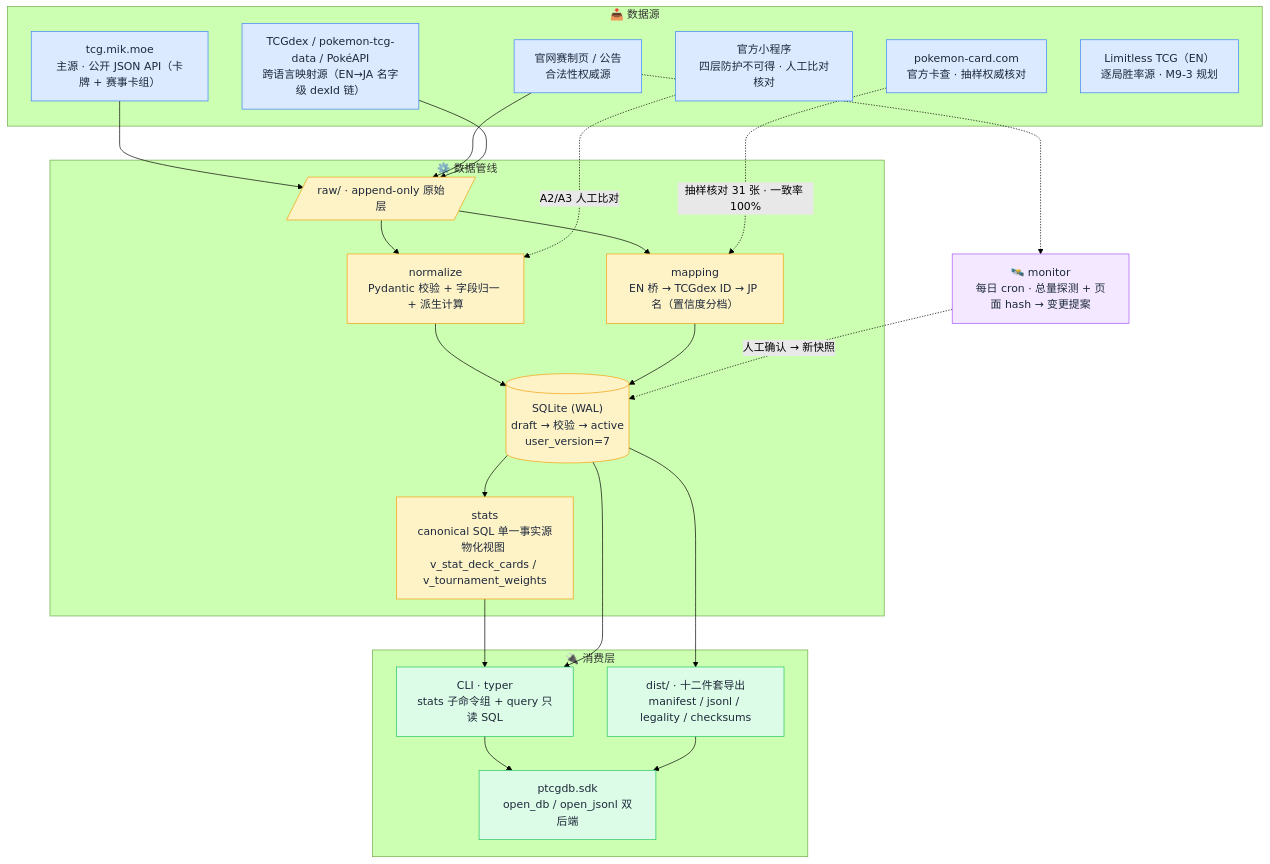
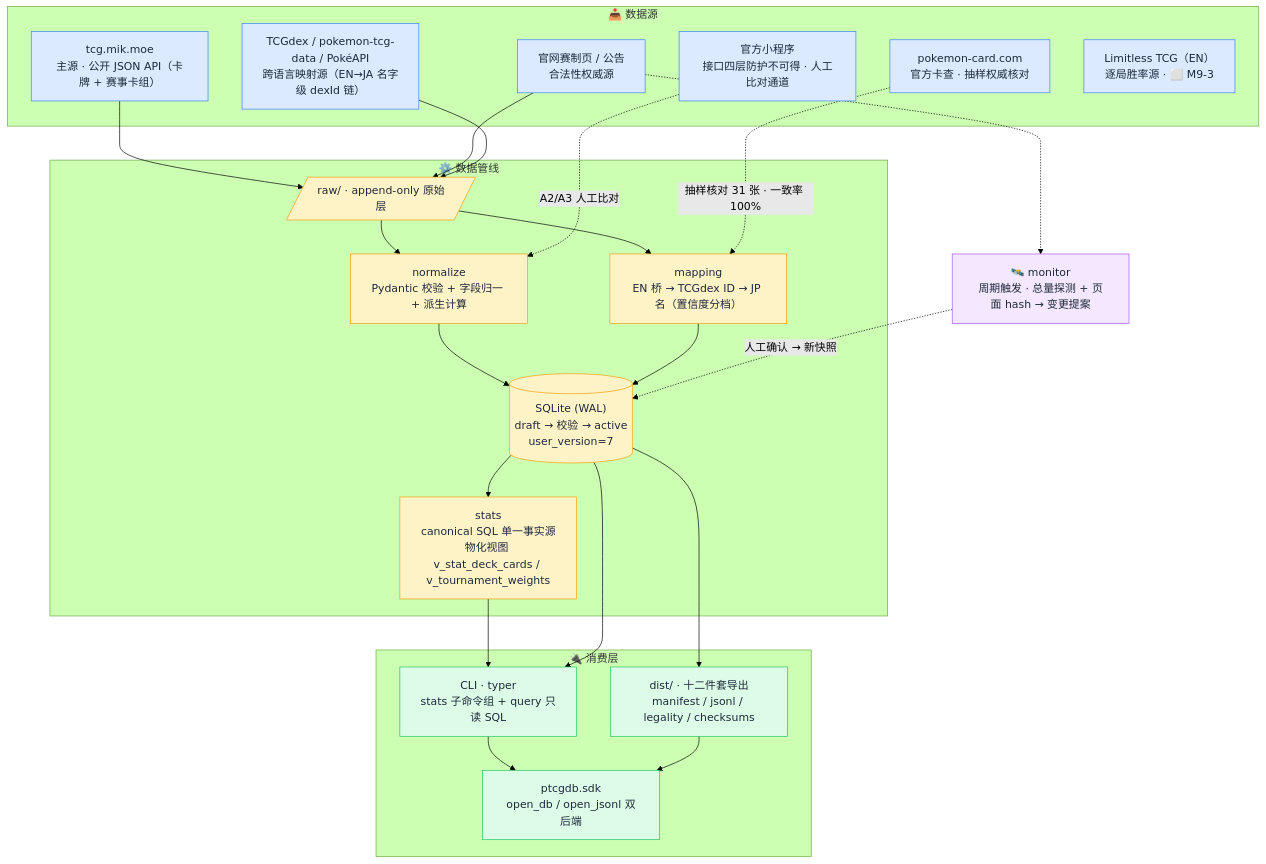
Before and after one commit to Bingtuu/Pokearena: the diagram in README.md, drawn with Mermaid (forest theme). The commit also changed other lines of this file, not shown here.

Commit message:
docs(README): 可读性优化+准确性修正——文档表PRD版本v1.11→v1.12(漏改);legal_at示例日期改快照覆盖期内(2026-08-01,原2026-01-01会LookupError);十二件套组成按实际文件名写准;亮点拆出卡面口径保真条目+SDK按合法性/卡组校验/统计分组+30分钟更新加目标前缀+映射置信度表述改external_ids可溯;CLI示例五组分块;Roadmap Phase2里程碑拆子项;架构图措辞三处(主语/⬜M9-3/周期触发)

````diff
--- a/README.md
+++ b/README.md
@@ -75,52 +85,52 @@
 ```mermaid
 flowchart TB
     subgraph SRC["📥 数据源"]
         A["tcg.mik.moe<br/>主源 · 公开 JSON API（卡牌 + 赛事卡组）"]
         B["官网赛制页 / 公告<br/>合法性权威源"]
-        C["官方小程序<br/>四层防护不可得 · 人工比对核对"]
+        C["官方小程序<br/>接口四层防护不可得 · 人工比对通道"]
         D["TCGdex / pokemon-tcg-data / PokéAPI<br/>跨语言映射源（EN→JA 名字级 dexId 链）"]
         E["pokemon-card.com<br/>官方卡查 · 抽样权威核对"]
-        F["Limitless TCG（EN）<br/>逐局胜率源 · M9-3 规划"]
+        F["Limitless TCG（EN）<br/>逐局胜率源 · ⬜ M9-3"]
     end
 
     subgraph PIPE["⚙️ 数据管线"]
         RAW[/"raw/ · append-only 原始层"/]
         NORM["normalize<br/>Pydantic 校验 + 字段归一 + 派生计算"]
         MAP["mapping<br/>EN 桥 → TCGdex ID → JP 名（置信度分档）"]
         DB[("SQLite (WAL)<br/>draft → 校验 → active<br/>user_version=7")]
         STATS["stats<br/>canonical SQL 单一事实源<br/>物化视图 v_stat_deck_cards / v_tournament_weights"]
     end
 
     subgraph OUT["🔌 消费层"]
         CLI["CLI · typer<br/>stats 子命令组 + query 只读 SQL"]
         DIST["dist/ · 十二件套导出<br/>manifest / jsonl / legality / checksums"]
         SDK["ptcgdb.sdk<br/>open_db / open_jsonl 双后端"]
     end
 
-    MON["🛰️ monitor<br/>每日 cron · 总量探测 + 页面 hash → 变更提案"]
+    MON["🛰️ monitor<br/>周期触发 · 总量探测 + 页面 hash → 变更提案"]
 
     A --> RAW
     B --> RAW
     D --> RAW
     RAW --> NORM --> DB
     RAW --> MAP --> DB
     E -.->|抽样核对 31 张 · 一致率 100%| MAP
     C -.->|A2/A3 人工比对| NORM
     DB --> STATS
     STATS --> CLI
     DB --> CLI
     DB --> DIST
     CLI --> SDK
     DIST --> SDK
     B -.-> MON
     MON -.->|人工确认 → 新快照| DB
 
     classDef source fill:#dbeafe,stroke:#3b82f6,color:#1e293b;
     classDef pipe fill:#fef3c7,stroke:#f59e0b,color:#1e293b;
     classDef out fill:#dcfce7,stroke:#22c55e,color:#1e293b;
     classDef mon fill:#f3e8ff,stroke:#a855f7,color:#1e293b;
     class A,B,C,D,E,F source;
     class RAW,NORM,MAP,DB,STATS pipe;
     class CLI,DIST,SDK out;
     class MON mon;
 ```
````
